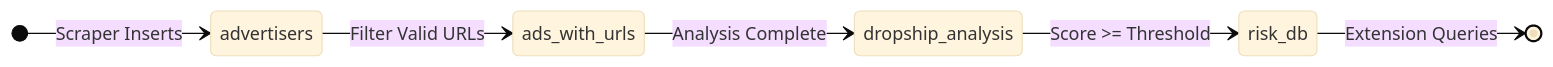
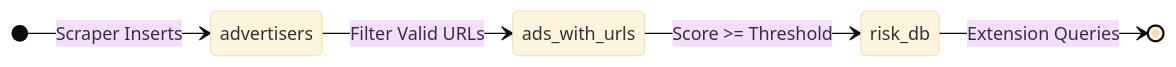
One commit to Rani-Maman/Adora changed the sixth of 6 diagrams in docs/architecture.md. Above: the diagram before and after it, drawn with Mermaid (base theme). The commit also changed other lines of this file and 3 other files, not shown here.

````diff
--- a/docs/architecture.md
+++ b/docs/architecture.md
@@ -186,15 +181,13 @@
 ```mermaid
 stateDiagram-v2
     direction LR
     
     state "advertisers" as ADV
     state "ads_with_urls" as ADS
-    state "dropship_analysis" as DA
     state "risk_db" as RISK
 
     [*] --> ADV: Scraper Inserts
     ADV --> ADS: Filter Valid URLs
-    ADS --> DA: Analysis Complete
-    DA --> RISK: Score >= Threshold
+    ADS --> RISK: Score >= Threshold
     RISK --> [*]: Extension Queries
 ```
````
